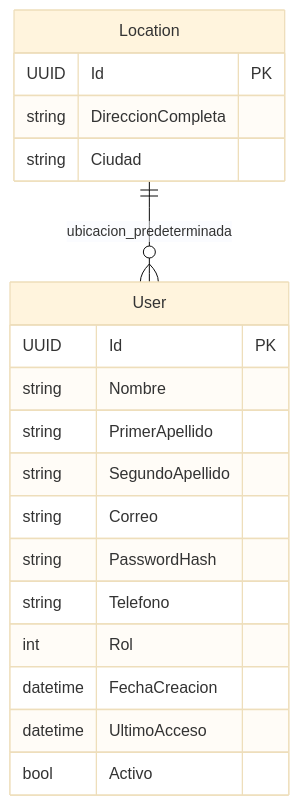
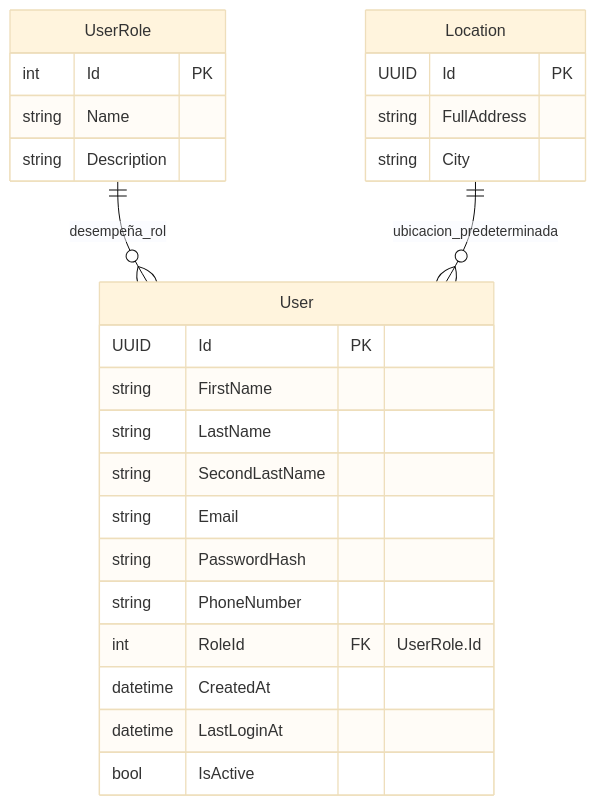
Before and after one commit to jose-angell/EventResourceReservationAppDocs: the diagram in docs/backend/models-domain/user.md, drawn with Mermaid (base theme). The commit also changed other lines of this file and 7 other files, not shown here.

````diff
--- a/docs/backend/models-domain/user.md
+++ b/docs/backend/models-domain/user.md
@@ -42,24 +42,29 @@
 ``` mermaid
 erDiagram
+    UserRole {
+        int Id PK
+        string Name
+        string Description
+    }
+
     Location {
         UUID Id PK
-        string DireccionCompleta
-        string Ciudad
+        string FullAddress
+        string City
     }
-
     User {
         UUID Id PK
-        string Nombre
-        string PrimerApellido
-        string SegundoApellido
-        string Correo
+        string FirstName
+        string LastName
+        string SecondLastName
+        string Email
         string PasswordHash
-        string Telefono
-        int Rol      
-        datetime FechaCreacion
-        datetime UltimoAcceso
-        bool Activo
+        string PhoneNumber
+        int RoleId FK "UserRole.Id"
+        datetime CreatedAt
+        datetime LastLoginAt
+        bool IsActive
     }
-
+    UserRole ||--o{ User : "desempeña_rol"
     Location ||--o{ User : "ubicacion_predeterminada"
 ```
````
